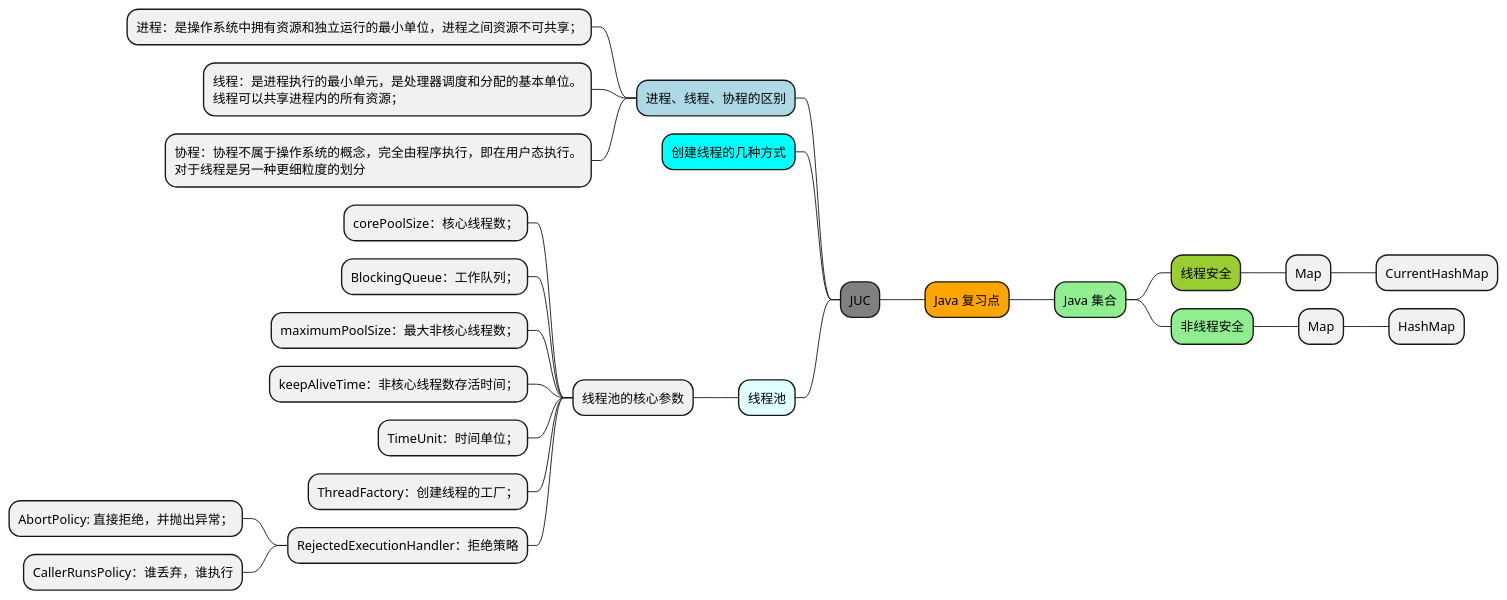
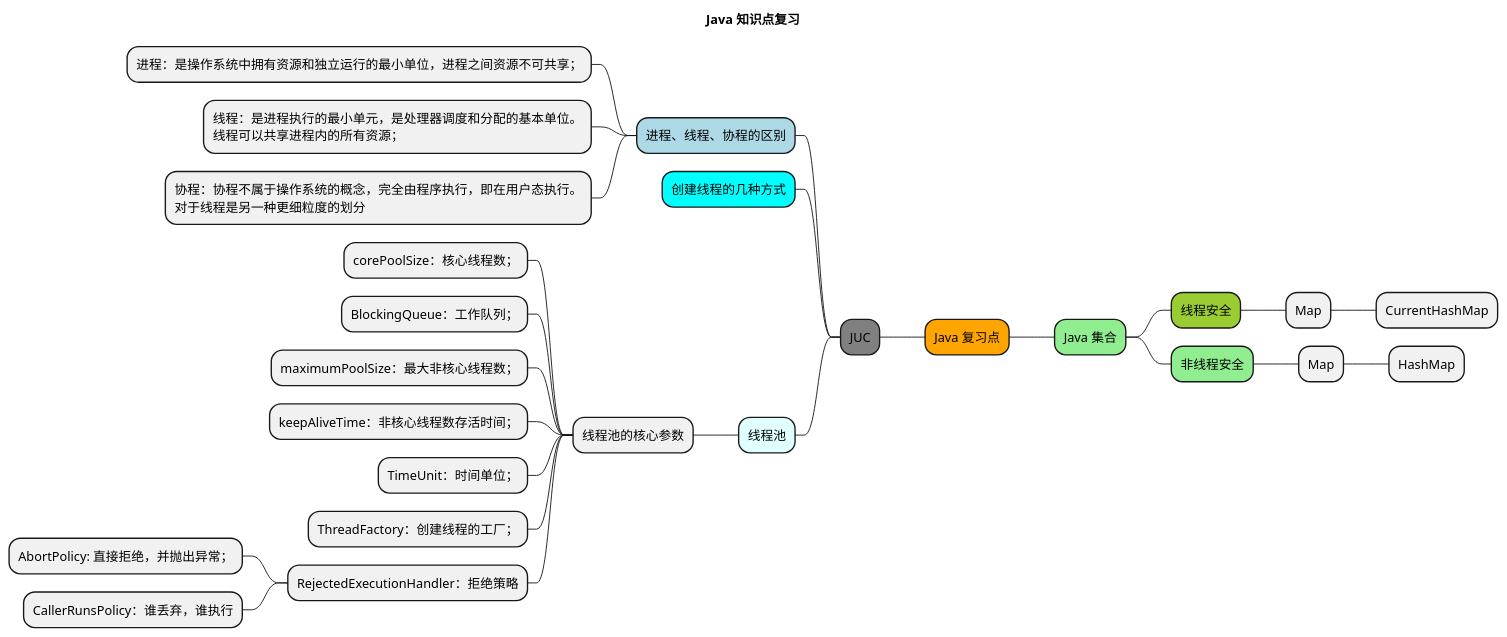
Before and after one commit to an-1024/WorkUtil: the diagram in utilsdemo/src/main/resources/JavaKnowledge_Rev/Java思维导图.puml, drawn with PlantUML.

Commit message:
复习思维导图

```diff
--- a/utilsdemo/src/main/resources/JavaKnowledge_Rev/Java思维导图.puml
+++ b/utilsdemo/src/main/resources/JavaKnowledge_Rev/Java思维导图.puml
@@ -1,29 +1,30 @@
 @startmindmap
+title: Java 知识点复习
 *[#Orange] Java 复习点
     *[#lightgreen] Java 集合
         *[#yellowgreen] 线程安全
             * Map
                 * CurrentHashMap
         *[#lightgreen] 非线程安全
             * Map
                 * HashMap
 left side
     *[#gray] JUC
         *[#lightblue] 进程、线程、协程的区别
             * 进程：是操作系统中拥有资源和独立运行的最小单位，进程之间资源不可共享；
             * 线程：是进程执行的最小单元，是处理器调度和分配的基本单位。\n线程可以共享进程内的所有资源；
             * 协程：协程不属于操作系统的概念，完全由程序执行，即在用户态执行。\n对于线程是另一种更细粒度的划分
         *[#Aqua] 创建线程的几种方式
         *[#LightCyan] 线程池
             * 线程池的核心参数
                 * corePoolSize：核心线程数；
                 * BlockingQueue：工作队列；
                 * maximumPoolSize：最大非核心线程数；
                 * keepAliveTime：非核心线程数存活时间；
                 * TimeUnit：时间单位；
                 * ThreadFactory：创建线程的工厂；
                 * RejectedExecutionHandler：拒绝策略
                     * AbortPolicy: 直接拒绝，并抛出异常；
                     * CallerRunsPolicy：谁丢弃，谁执行
             
 @endmindmap
```
